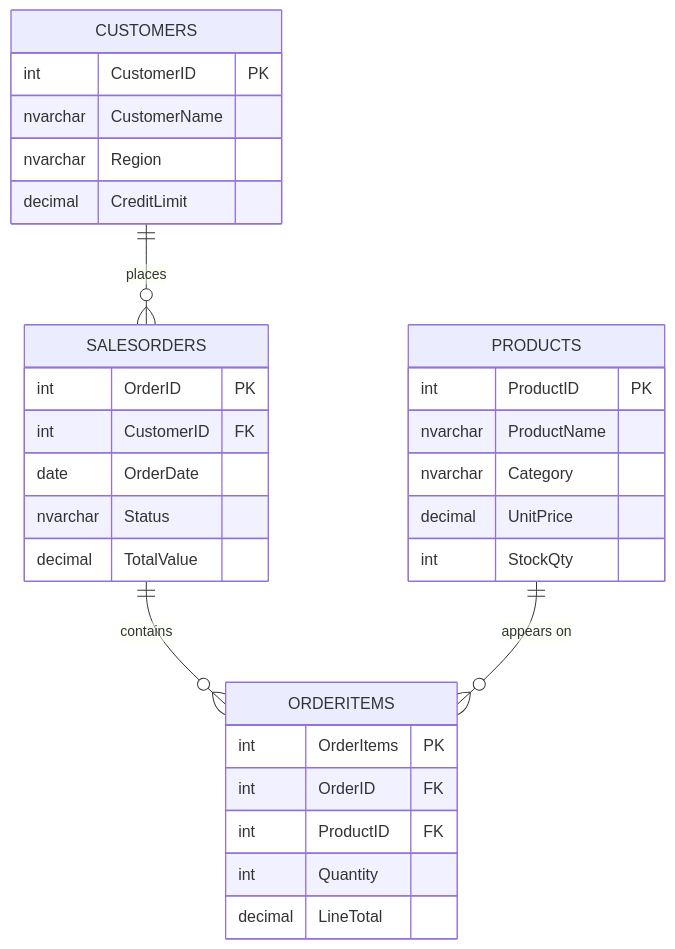
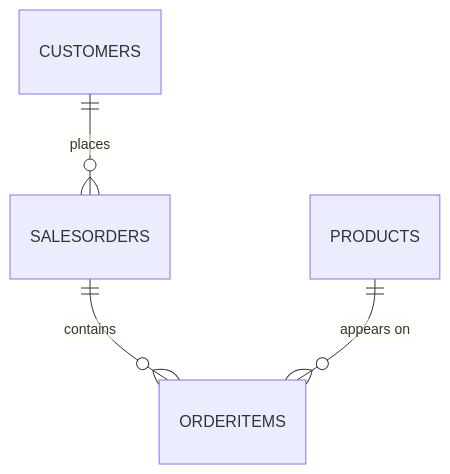
One commit to Nirman118/sap-hana-query-optimizer-study changed the diagram in README.md. Above: the diagram before and after it, drawn with Mermaid. The commit also changed other lines of this file, not shown here.

Commit message:
Fix clipped ER diagram in README
GitHub renders mermaid in a fixed-height pan/zoom viewport. The erDiagram
carried full attribute blocks for all four entities, so it rendered larger
than the pane and showed only the CUSTOMERS box — the first visual in the
README looked broken.

Slims the diagram to entities and cardinalities, which fits the viewport,
and moves the column detail into a markdown table that also carries row
counts and each table's role. Verified rendering on the live page.

````diff
--- a/README.md
+++ b/README.md
@@ -35,34 +35,6 @@
 ```mermaid
 erDiagram
     CUSTOMERS   ||--o{ SALESORDERS : places
     SALESORDERS ||--o{ ORDERITEMS  : contains
     PRODUCTS    ||--o{ ORDERITEMS  : "appears on"
-
-    CUSTOMERS {
-        int      CustomerID PK
-        nvarchar CustomerName
-        nvarchar Region
-        decimal  CreditLimit
-    }
-    PRODUCTS {
-        int      ProductID PK
-        nvarchar ProductName
-        nvarchar Category
-        decimal  UnitPrice
-        int      StockQty
-    }
-    SALESORDERS {
-        int      OrderID PK
-        int      CustomerID FK
-        date     OrderDate
-        nvarchar Status
-        decimal  TotalValue
-    }
-    ORDERITEMS {
-        int     OrderItems PK
-        int     OrderID FK
-        int     ProductID FK
-        int     Quantity
-        decimal LineTotal
-    }
 ```
````
